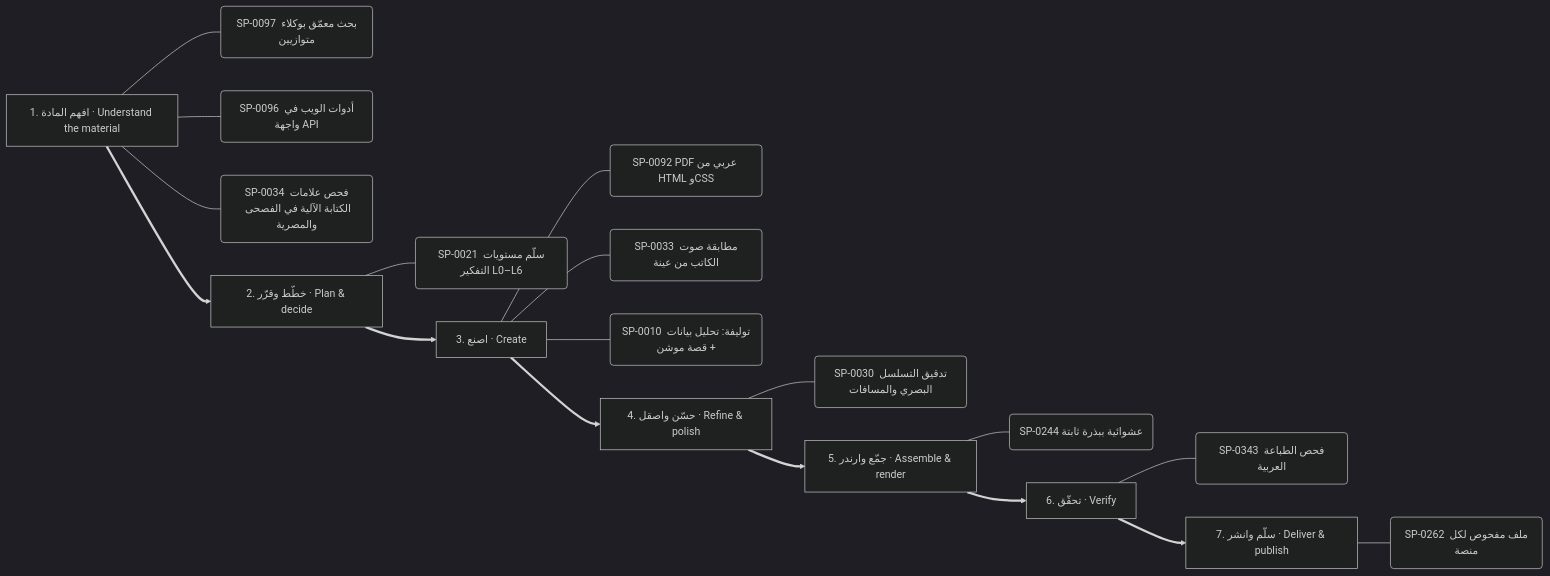
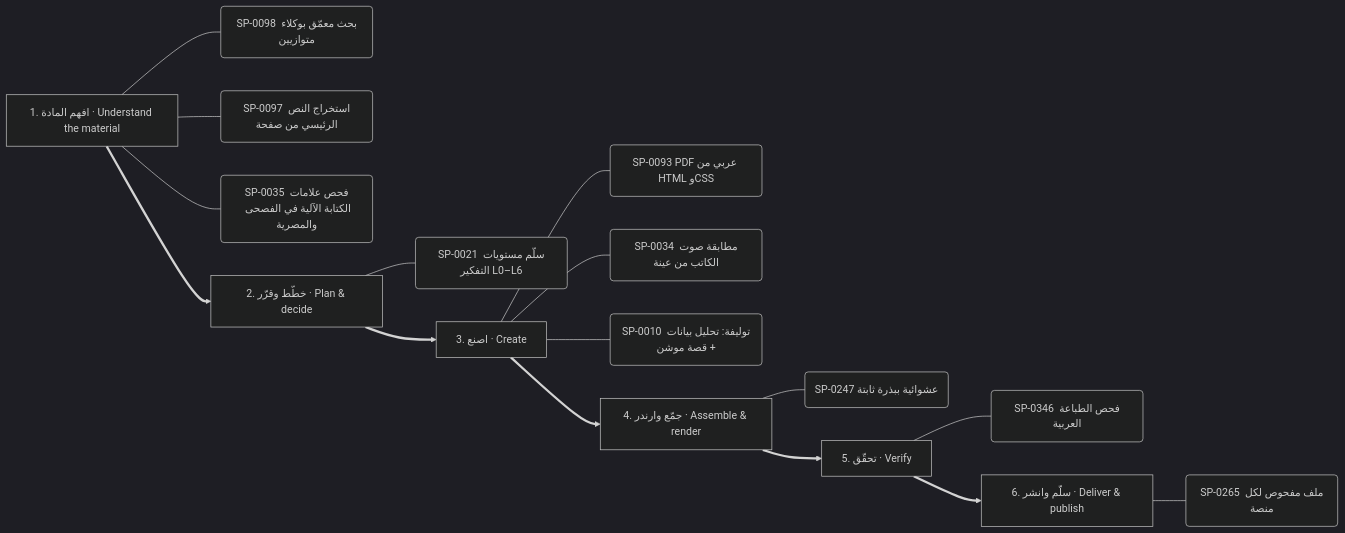
One commit to kosif199022-jpg/kosif-tool changed diagram 13 of 13 in .claude/skills/kosif-superpowers/references/capability-mindmap.md. Above: the diagram before and after it, drawn with Mermaid (dark theme). The commit also changed other lines of this file and 46 other files, not shown here.

````diff
--- a/.claude/skills/kosif-superpowers/references/capability-mindmap.md
+++ b/.claude/skills/kosif-superpowers/references/capability-mindmap.md
@@ -636,27 +637,24 @@
 ```mermaid
 flowchart LR
   S0["1. افهم المادة · Understand the material"]
-  S0 --- S0_0("SP-0097 بحث معمّق بوكلاء متوازيين")
-  S0 --- S0_1("SP-0096 أدوات الويب في واجهة API")
-  S0 --- S0_2("SP-0034 فحص علامات الكتابة الآلية في الفصحى والمصرية")
+  S0 --- S0_0("SP-0098 بحث معمّق بوكلاء متوازيين")
+  S0 --- S0_1("SP-0097 استخراج النص الرئيسي من صفحة")
+  S0 --- S0_2("SP-0035 فحص علامات الكتابة الآلية في الفصحى والمصرية")
   S1["2. خطّط وقرّر · Plan & decide"]
   S1 --- S1_0("SP-0021 سلّم مستويات التفكير L0–L6")
   S0 ==> S1
   S2["3. اصنع · Create"]
-  S2 --- S2_0("SP-0092 PDF عربي من HTML وCSS")
-  S2 --- S2_1("SP-0033 مطابقة صوت الكاتب من عينة")
+  S2 --- S2_0("SP-0093 PDF عربي من HTML وCSS")
+  S2 --- S2_1("SP-0034 مطابقة صوت الكاتب من عينة")
   S2 --- S2_2("SP-0010 توليفة: تحليل بيانات + قصة موشن")
   S1 ==> S2
-  S3["4. حسّن واصقل · Refine & polish"]
-  S3 --- S3_0("SP-0030 تدقيق التسلسل البصري والمسافات")
+  S3["4. جمّع وارندر · Assemble & render"]
+  S3 --- S3_0("SP-0247 عشوائية ببذرة ثابتة")
   S2 ==> S3
-  S4["5. جمّع وارندر · Assemble & render"]
-  S4 --- S4_0("SP-0244 عشوائية ببذرة ثابتة")
+  S4["5. تحقّق · Verify"]
+  S4 --- S4_0("SP-0346 فحص الطباعة العربية")
   S3 ==> S4
-  S5["6. تحقّق · Verify"]
-  S5 --- S5_0("SP-0343 فحص الطباعة العربية")
+  S5["6. سلّم وانشر · Deliver & publish"]
+  S5 --- S5_0("SP-0265 ملف مفحوص لكل منصة")
   S4 ==> S5
-  S6["7. سلّم وانشر · Deliver & publish"]
-  S6 --- S6_0("SP-0262 ملف مفحوص لكل منصة")
-  S5 ==> S6
 ```
````
